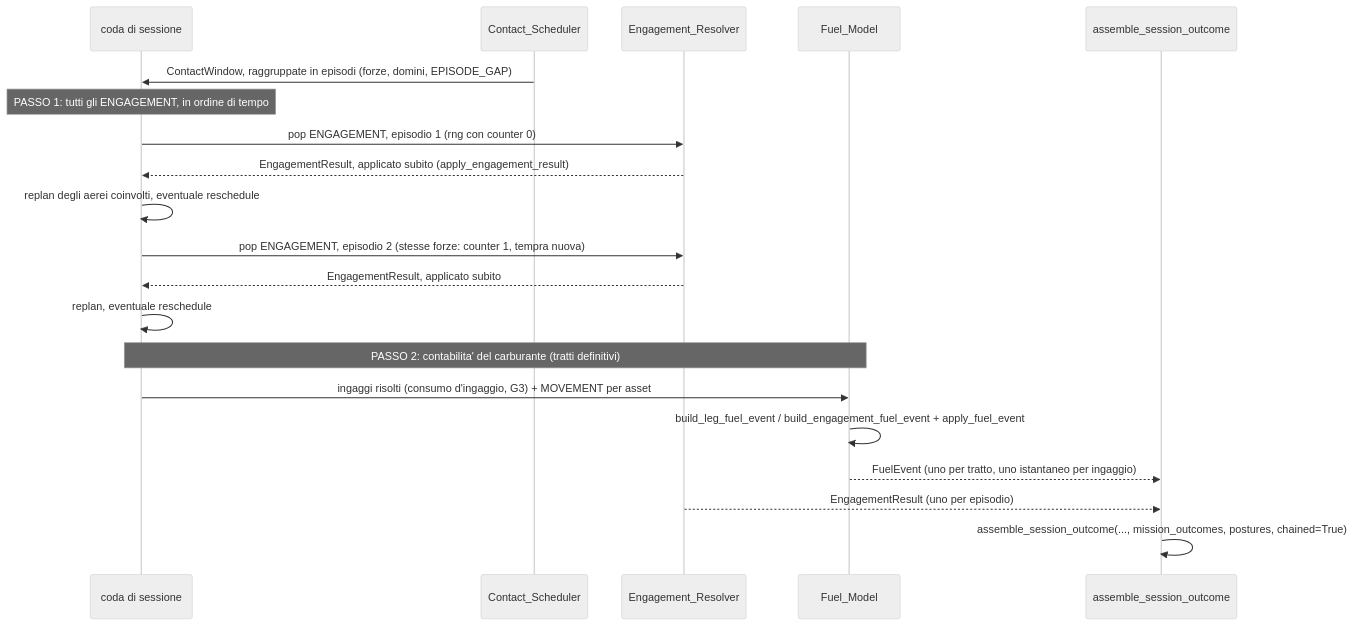
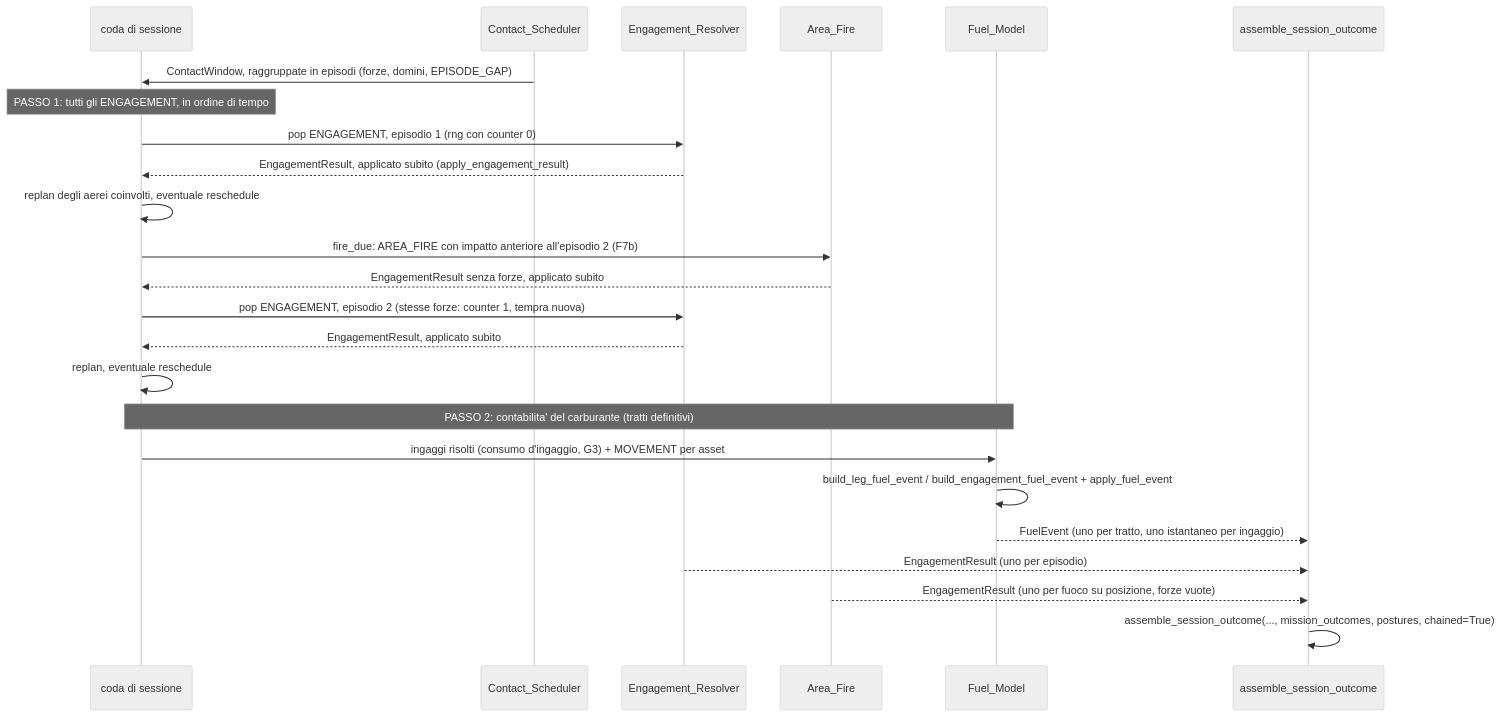
The second of 15 diagrams in Analysis/Document/Manuale_Motore_DES/07_Orchestratore_Session_Simulator.md (MakusIV/Warfare-Model), drawn with Mermaid (neutral theme) before and after one commit. The commit also changed other lines of this file and 9 other files, not shown here.

Commit message:
Manuale DES aggiornato a dcedc541: F7a (regole d'ingaggio di missione), correzione A-10C, F7b (fuoco su posizione, Area_Fire, AREA_FIRE_EVENT), S28/S29, fotografia 982, §9.6 voci 14-18 e 12 chiuse, nuove voci 22-23

````diff
--- a/Analysis/Document/Manuale_Motore_DES/07_Orchestratore_Session_Simulator.md
+++ b/Analysis/Document/Manuale_Motore_DES/07_Orchestratore_Session_Simulator.md
@@ -336,23 +368,27 @@
 ```mermaid
 sequenceDiagram
     participant Q as coda di sessione
     participant CS as Contact_Scheduler
     participant ER as Engagement_Resolver
+    participant AF as Area_Fire
     participant FM as Fuel_Model
     participant OUT as assemble_session_outcome
 
     CS->>Q: ContactWindow, raggruppate in episodi (forze, domini, EPISODE_GAP)
     Note over Q: PASSO 1: tutti gli ENGAGEMENT, in ordine di tempo
     Q->>ER: pop ENGAGEMENT, episodio 1 (rng con counter 0)
     ER-->>Q: EngagementResult, applicato subito (apply_engagement_result)
     Q->>Q: replan degli aerei coinvolti, eventuale reschedule
+    Q->>AF: fire_due: AREA_FIRE con impatto anteriore all'episodio 2 (F7b)
+    AF-->>Q: EngagementResult senza forze, applicato subito
     Q->>ER: pop ENGAGEMENT, episodio 2 (stesse forze: counter 1, tempra nuova)
     ER-->>Q: EngagementResult, applicato subito
     Q->>Q: replan, eventuale reschedule
     Note over Q,FM: PASSO 2: contabilita' del carburante (tratti definitivi)
     Q->>FM: ingaggi risolti (consumo d'ingaggio, G3) + MOVEMENT per asset
     FM->>FM: build_leg_fuel_event / build_engagement_fuel_event + apply_fuel_event
     FM-->>OUT: FuelEvent (uno per tratto, uno istantaneo per ingaggio)
     ER-->>OUT: EngagementResult (uno per episodio)
+    AF-->>OUT: EngagementResult (uno per fuoco su posizione, forze vuote)
     OUT->>OUT: assemble_session_outcome(..., mission_outcomes, postures, chained=True)
 ```
````
